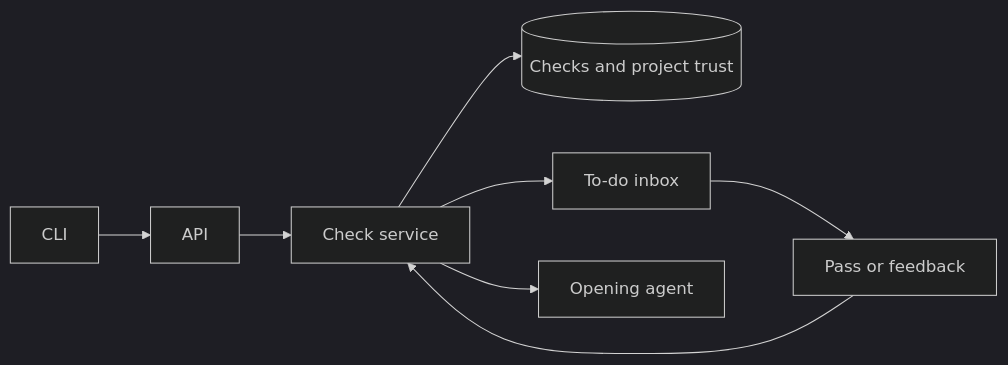
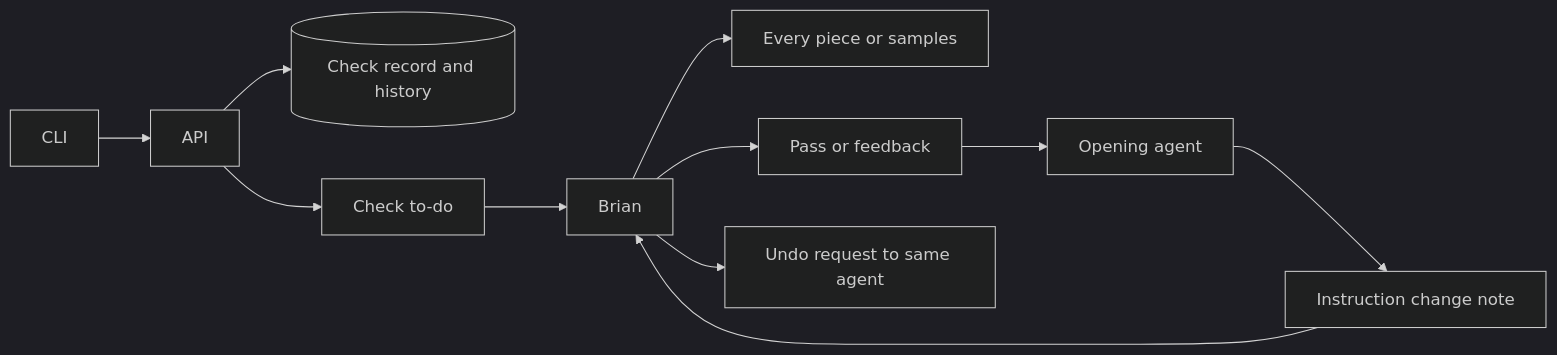
The diagram in specs/openspec/changes/check-todos-trust/design.md (appboypov/multica), drawn with Mermaid (dark theme) before and after one commit. The commit also changed other lines of this file and 17 other files, not shown here.

Commit message:
Keep check modes human chosen and add instruction undo notes

````diff
--- a/specs/openspec/changes/check-todos-trust/design.md
+++ b/specs/openspec/changes/check-todos-trust/design.md
@@ -5,10 +5,13 @@
 ```mermaid
 flowchart LR
   CLI --> API
-  API --> Service[Check service]
-  Service --> DB[(Checks and project trust)]
-  Service --> Inbox[To-do inbox]
-  Inbox --> Answer[Pass or feedback]
-  Answer --> Service
-  Service --> Run[Opening agent]
+  API --> DB[(Check record and history)]
+  API --> Inbox[Check to-do]
+  Inbox --> Brian
+  Brian --> Mode[Every piece or samples]
+  Brian --> Answer[Pass or feedback]
+  Answer --> Agent[Opening agent]
+  Agent --> Note[Instruction change note]
+  Note --> Brian
+  Brian --> Undo[Undo request to same agent]
 ```
````
